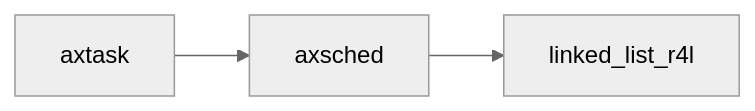
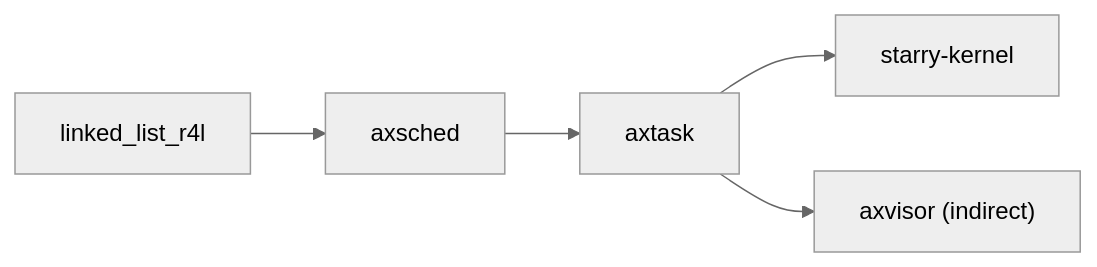
Before and after one commit to rcore-os/tgoskits: the diagram in docs/crates/axsched.md, drawn with Mermaid (neutral theme). The commit also changed other lines of this file and 99 other files, not shown here.

````diff
--- a/docs/crates/axsched.md
+++ b/docs/crates/axsched.md
@@ -36,6 +65,7 @@
 ```mermaid
 graph LR
-    current["axsched"]
-    current --> linked_list_r4l["linked_list_r4l"]
-    axtask["axtask"] --> current
+    linked_list["linked_list_r4l"] --> axsched["axsched"]
+    axsched --> axtask["axtask"]
+    axtask --> starry["starry-kernel"]
+    axtask --> axvisor["axvisor (indirect)"]
 ```
````
